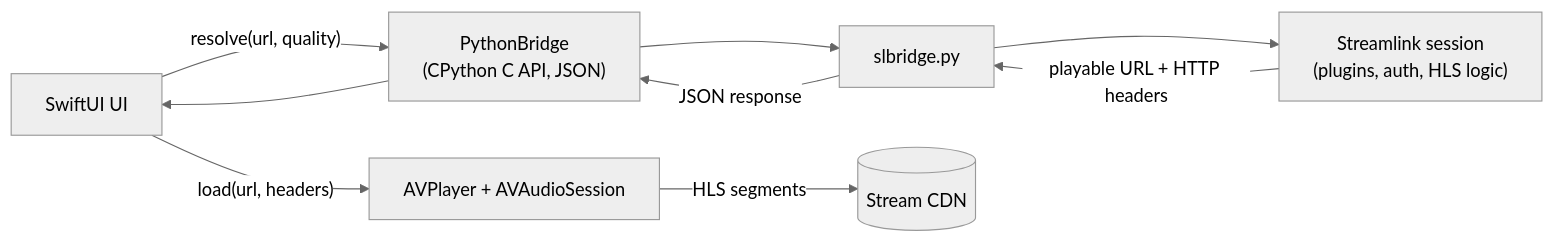
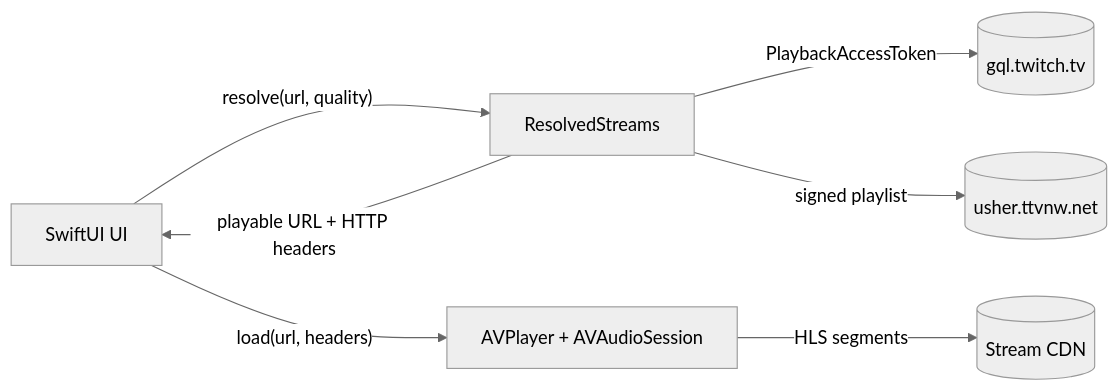
One commit to gartnera/streamlink-ios changed the diagram in README.md. Above: the diagram before and after it, drawn with Mermaid (neutral theme). The commit also changed other lines of this file and 23 other files, not shown here.

First line of the commit message:
Resolve Twitch streams natively instead of through embedded Python

````diff
--- a/README.md
+++ b/README.md
@@ -31,11 +28,9 @@
 ```mermaid
 flowchart LR
-    UI["SwiftUI UI"] -- "resolve(url, quality)" --> Bridge["PythonBridge<br/>(CPython C API, JSON)"]
-    Bridge --> Py["slbridge.py"]
-    Py --> SL["Streamlink session<br/>(plugins, auth, HLS logic)"]
-    SL -- "playable URL + HTTP headers" --> Py
-    Py -- "JSON response" --> Bridge
-    Bridge --> UI
+    UI["SwiftUI UI"] -- "resolve(url, quality)" --> Resolver["ResolvedStreams"]
+    Resolver -- "PlaybackAccessToken" --> GQL[("gql.twitch.tv")]
+    Resolver -- "signed playlist" --> Usher[("usher.ttvnw.net")]
+    Resolver -- "playable URL + HTTP headers" --> UI
     UI -- "load(url, headers)" --> Player["AVPlayer + AVAudioSession"]
     Player -- "HLS segments" --> CDN[("Stream CDN")]
 ```
````
